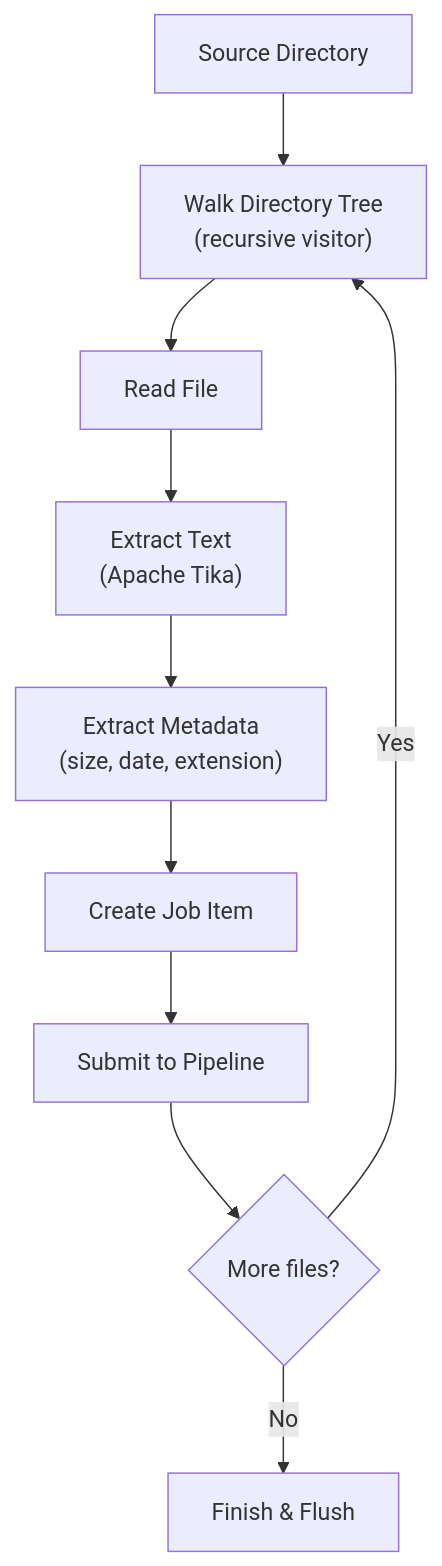
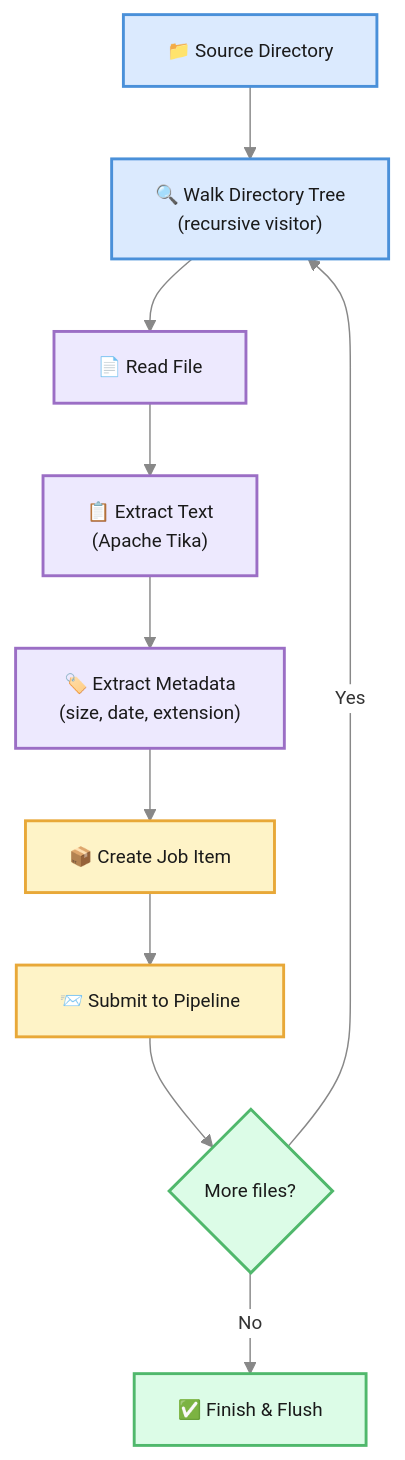
One commit to openviglet/docs changed the diagram in docs-dumont/connectors/filesystem.md. Above: the diagram before and after it, drawn with Mermaid. The commit also changed 49 other files, not shown here.

First line of the commit message:
Standardize Mermaid diagrams and conventions

````diff
--- a/docs-dumont/connectors/filesystem.md
+++ b/docs-dumont/connectors/filesystem.md
@@ -15,12 +15,23 @@
 ```mermaid
+%%{init: {'theme': 'base', 'themeVariables': {'fontSize': '13px', 'primaryColor': '#fff', 'primaryBorderColor': '#c0c0c0', 'lineColor': '#888', 'textColor': '#333'}}}%%
 graph TD
-    DIR["Source Directory"] --> WALK["Walk Directory Tree\n(recursive visitor)"]
-    WALK --> FILE["Read File"]
-    FILE --> TIKA["Extract Text\n(Apache Tika)"]
-    TIKA --> META["Extract Metadata\n(size, date, extension)"]
-    META --> ITEM["Create Job Item"]
-    ITEM --> PIPE["Submit to Pipeline"]
-    PIPE --> MORE{More files?}
+    DIR["📁 Source Directory"] --> WALK["🔍 Walk Directory Tree\n(recursive visitor)"]
+    WALK --> FILE["📄 Read File"]
+    FILE --> TIKA["📋 Extract Text\n(Apache Tika)"]
+    TIKA --> META["🏷️ Extract Metadata\n(size, date, extension)"]
+    META --> ITEM["📦 Create Job Item"]
+    ITEM --> PIPE["📨 Submit to Pipeline"]
+    PIPE --> MORE{"More files?"}
     MORE -->|Yes| WALK
-    MORE -->|No| DONE["Finish & Flush"]
+    MORE -->|No| DONE["✅ Finish & Flush"]
+
+    classDef blue fill:#dbeafe,stroke:#4A90D9,stroke-width:2px,color:#1a1a1a
+    classDef green fill:#dcfce7,stroke:#50B86C,stroke-width:2px,color:#1a1a1a
+    classDef purple fill:#ede9fe,stroke:#9B6EC5,stroke-width:2px,color:#1a1a1a
+    classDef amber fill:#fef3c7,stroke:#E8A838,stroke-width:2px,color:#1a1a1a
+
+    class DIR,WALK blue
+    class FILE,TIKA,META purple
+    class ITEM,PIPE amber
+    class MORE,DONE green
 ```
````
